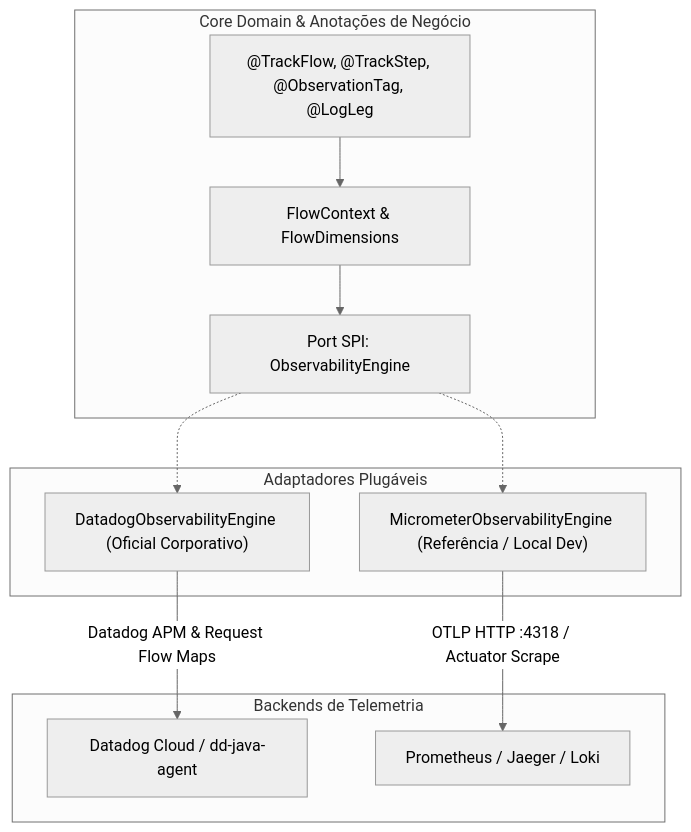
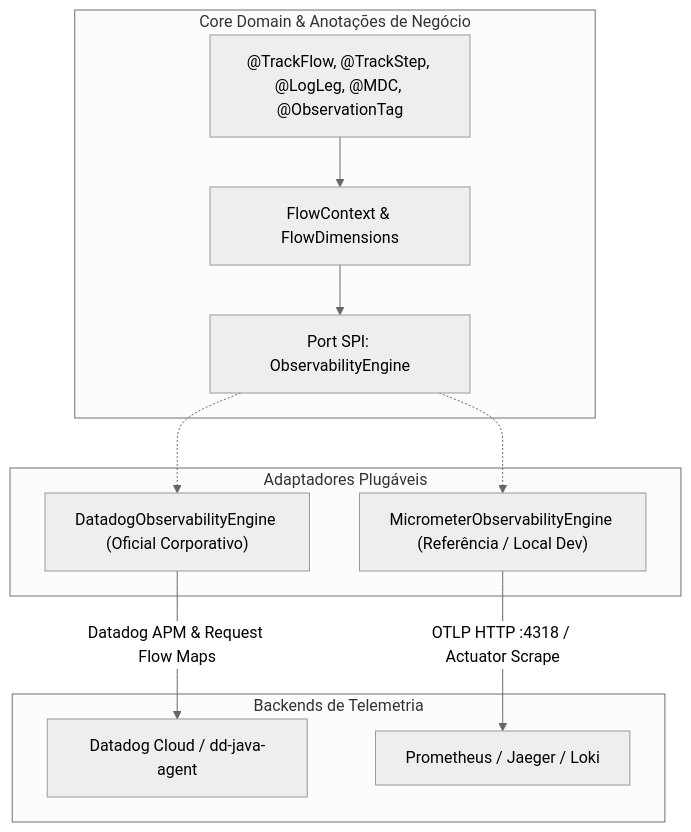
Before and after one commit to GleidsonFerSanP/observability-spring-boot-starter: the third of 4 diagrams in docs/ARCHITECTURE.md, drawn with Mermaid (neutral theme). The commit also changed other lines of this file and 31 other files, not shown here.

````diff
--- a/docs/ARCHITECTURE.md
+++ b/docs/ARCHITECTURE.md
@@ -180,22 +180,22 @@
 ```mermaid
 flowchart TD
     subgraph CoreDomain ["Core Domain & Anotações de Negócio"]
-        FlowAnns["@TrackFlow, @TrackStep, @ObservationTag, @LogLeg"]
+        FlowAnns["@TrackFlow, @TrackStep, @LogLeg, @MDC, @ObservationTag"]
         FlowContext["FlowContext & FlowDimensions"]
         SPIPort["Port SPI: ObservabilityEngine"]
         FlowAnns --> FlowContext
         FlowContext --> SPIPort
     end
 
     subgraph Adapters ["Adaptadores Plugáveis"]
         DDEngine["DatadogObservabilityEngine (Oficial Corporativo)"]
         MicrEngine["MicrometerObservabilityEngine (Referência / Local Dev)"]
         SPIPort -.-> DDEngine
         SPIPort -.-> MicrEngine
     end
 
     subgraph TelemetryBackends ["Backends de Telemetria"]
         DDEngine -->|"Datadog APM & Request Flow Maps"| DDCloud["Datadog Cloud / dd-java-agent"]
         MicrEngine -->|"OTLP HTTP :4318 / Actuator Scrape"| LocalStack["Prometheus / Jaeger / Loki"]
     end
 ```
````
